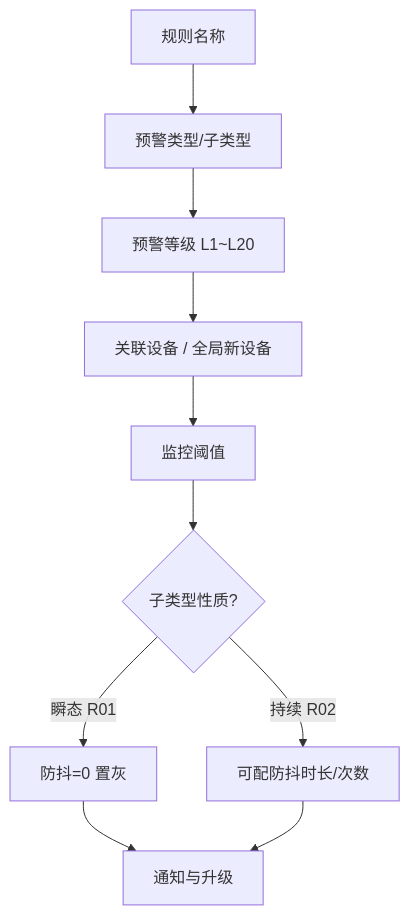
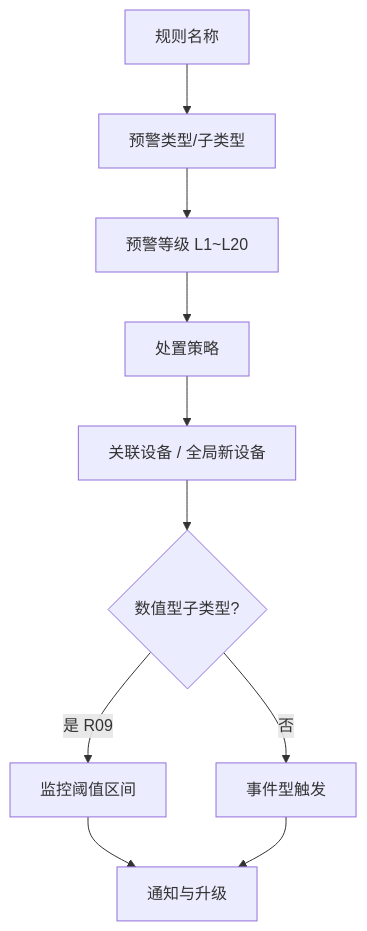
Before and after one commit to RobertHuang999/SYZC: the second of 3 diagrams in 02-PRD文档/B-迭代需求/6.2版本（2026.08）/03-预警配置/02设备预警配置/设备预警配置主PRD.md, drawn with Mermaid. The commit also changed other lines of this file and 121 other files, not shown here.

````diff
--- a/02-PRD文档/B-迭代需求/6.2版本（2026.08）/03-预警配置/02设备预警配置/设备预警配置主PRD.md
+++ b/02-PRD文档/B-迭代需求/6.2版本（2026.08）/03-预警配置/02设备预警配置/设备预警配置主PRD.md
@@ -98,12 +97,12 @@
 ```mermaid
 flowchart TD
     BASE[规则名称] --> TYPE[预警类型/子类型]
     TYPE --> LVL[预警等级 L1~L20]
-    LVL --> DEV[关联设备 / 全局新设备]
-    DEV --> TH[监控阈值]
-    TH --> CHK{子类型性质?}
-    CHK -->|瞬态 R01| DEB0[防抖=0 置灰]
-    CHK -->|持续 R02| DEBN[可配防抖时长/次数]
-    DEB0 --> NOTIFY[通知与升级]
-    DEBN --> NOTIFY
+    LVL --> DISP[处置策略]
+    DISP --> DEV[关联设备 / 全局新设备]
+    DEV --> TH{数值型子类型?}
+    TH -->|是 R09| THV[监控阈值区间]
+    TH -->|否| EVT[事件型触发]
+    THV --> NOTIFY[通知与升级]
+    EVT --> NOTIFY
 ```
````
